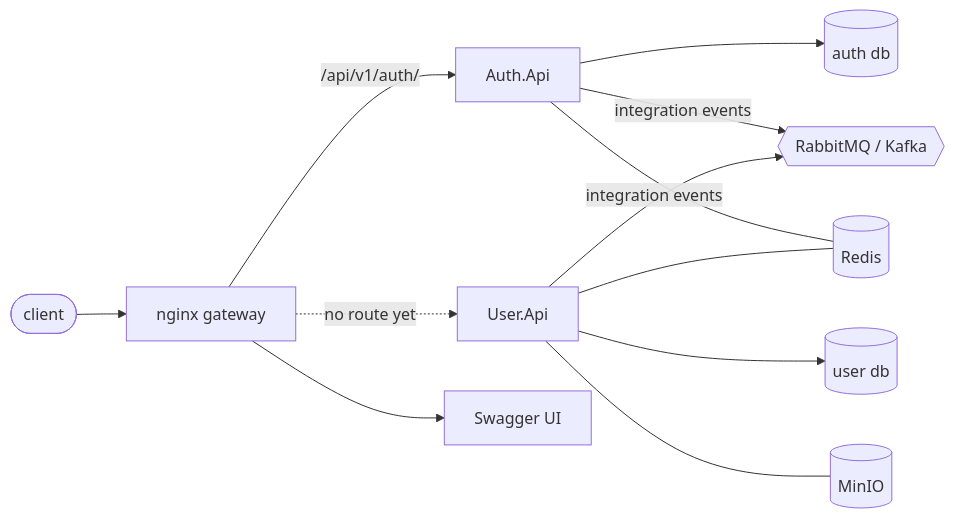
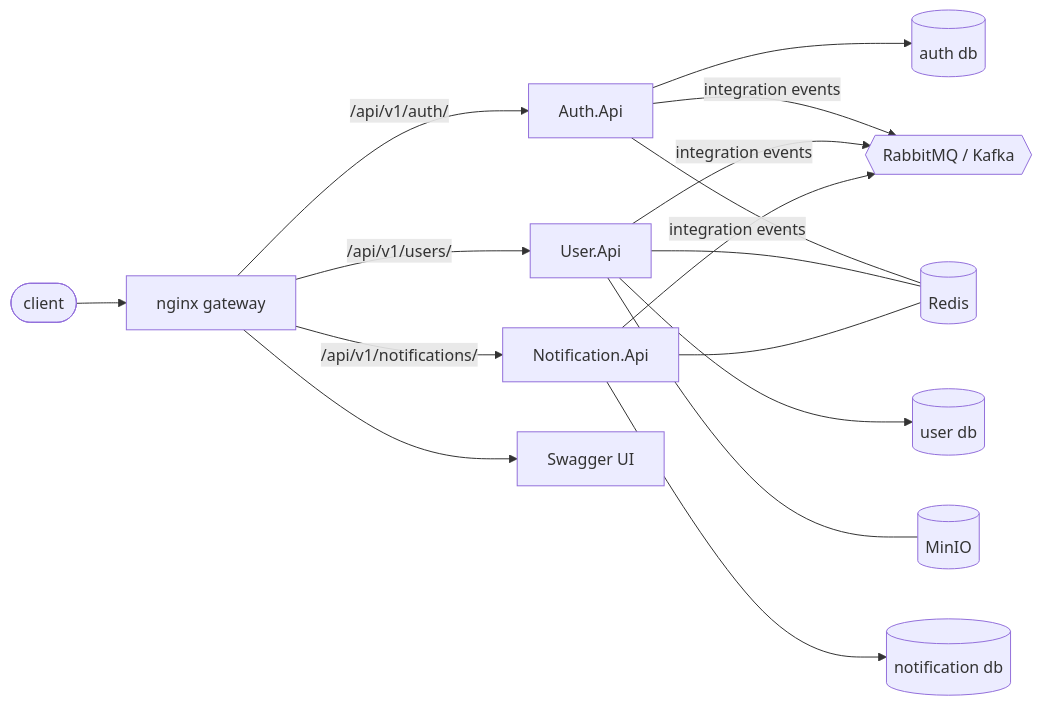
The diagram in docs/architecture.md (kirikaza8x/OmniCore), drawn with Mermaid before and after one commit. The commit also changed other lines of this file and 20 other files, not shown here.

````diff
--- a/docs/architecture.md
+++ b/docs/architecture.md
@@ -5,14 +5,18 @@
 ```mermaid
 flowchart LR
     client([client]) --> gw[nginx gateway]
     gw -->|/api/v1/auth/| auth[Auth.Api]
-    gw -.->|no route yet| user[User.Api]
+    gw -->|/api/v1/users/| user[User.Api]
+    gw -->|/api/v1/notifications/| notification[Notification.Api]
     gw --> sw[Swagger UI]
     auth --> authdb[(auth db)]
     user --> userdb[(user db)]
+    notification --> notificationdb[(notification db)]
     auth -->|integration events| mq{{RabbitMQ / Kafka}}
     user -->|integration events| mq
+    notification -->|integration events| mq
     auth --- redis[(Redis)]
     user --- redis
+    notification --- redis
     user --- minio[(MinIO)]
 ```
````
